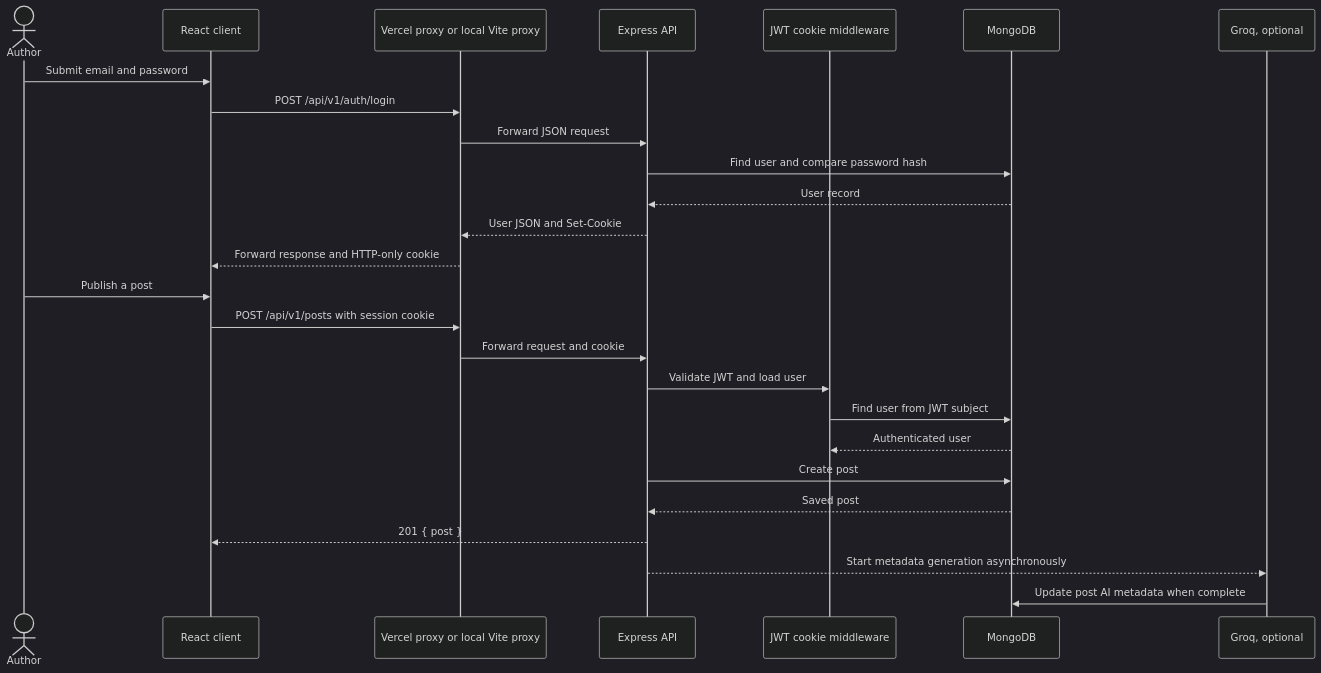
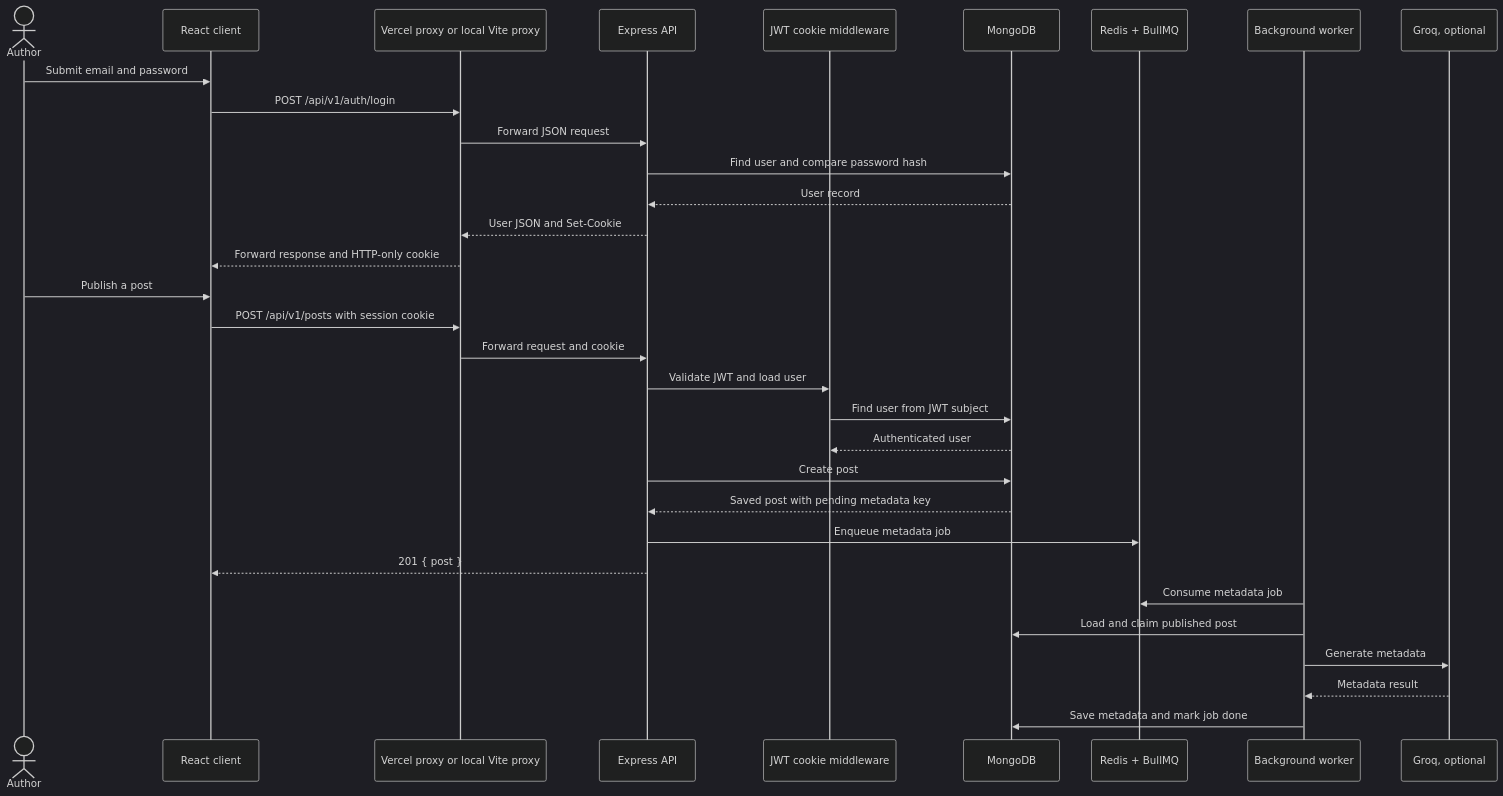
The fourth of 4 diagrams in README.md (Heregaurav/inkwell), drawn with Mermaid (dark theme) before and after one commit. The commit also changed other lines of this file and 28 other files, not shown here.

````diff
--- a/README.md
+++ b/README.md
@@ -188,29 +188,35 @@
 ```mermaid
 sequenceDiagram
   actor Author
   participant UI as React client
   participant Proxy as Vercel proxy or local Vite proxy
   participant API as Express API
   participant Auth as JWT cookie middleware
   participant DB as MongoDB
+  participant Queue as Redis + BullMQ
+  participant Worker as Background worker
   participant AI as Groq, optional
 
   Author->>UI: Submit email and password
   UI->>Proxy: POST /api/v1/auth/login
   Proxy->>API: Forward JSON request
   API->>DB: Find user and compare password hash
   DB-->>API: User record
   API-->>Proxy: User JSON and Set-Cookie
   Proxy-->>UI: Forward response and HTTP-only cookie
   Author->>UI: Publish a post
   UI->>Proxy: POST /api/v1/posts with session cookie
   Proxy->>API: Forward request and cookie
   API->>Auth: Validate JWT and load user
   Auth->>DB: Find user from JWT subject
   DB-->>Auth: Authenticated user
   API->>DB: Create post
-  DB-->>API: Saved post
+  DB-->>API: Saved post with pending metadata key
+  API->>Queue: Enqueue metadata job
   API-->>UI: 201 { post }
-  API-->>AI: Start metadata generation asynchronously
-  AI->>DB: Update post AI metadata when complete
+  Worker->>Queue: Consume metadata job
+  Worker->>DB: Load and claim published post
+  Worker->>AI: Generate metadata
+  AI-->>Worker: Metadata result
+  Worker->>DB: Save metadata and mark job done
 ```
````
